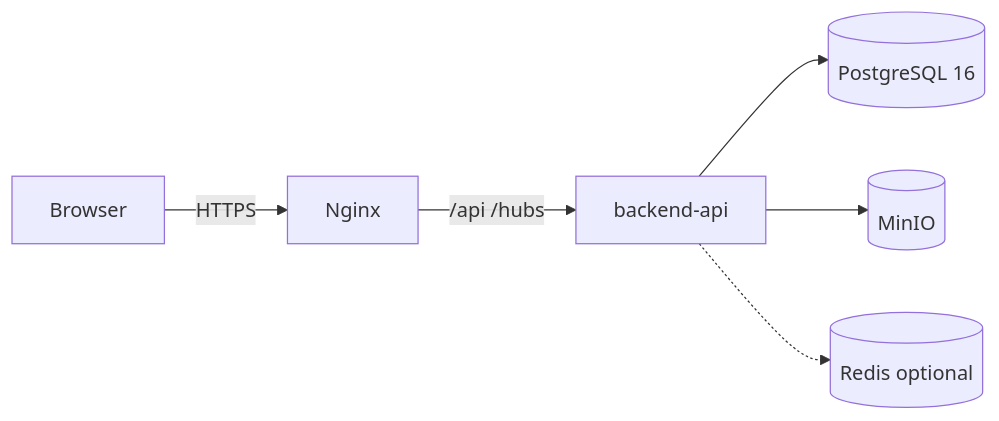
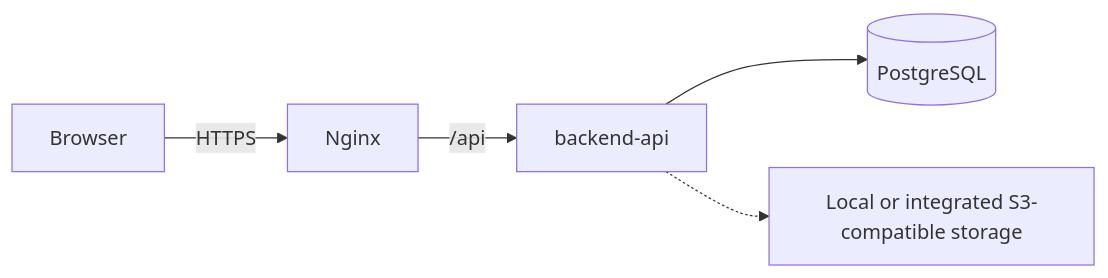
One commit to DEVSOURCE-DigiTalent/digitalent-ai changed the diagram in docs/14_DevOps_Trien_Khai.md. Above: the diagram before and after it, drawn with Mermaid. The commit also changed other lines of this file and 87 other files, not shown here.

````diff
--- a/docs/14_DevOps_Trien_Khai.md
+++ b/docs/14_DevOps_Trien_Khai.md
@@ -52,8 +52,7 @@
 ```mermaid
 flowchart LR
   CLIENT[Browser] -->|HTTPS| NGINX[Nginx]
-  NGINX -->|/api /hubs| API[backend-api]
-  API --> DB[(PostgreSQL 16)]
-  API --> MINIO[(MinIO)]
-  API -.-> REDIS[(Redis optional)]
+  NGINX -->|/api| API[backend-api]
+  API --> DB[(PostgreSQL)]
+  API -.-> STORAGE[Local or integrated S3-compatible storage]
 ```
````
